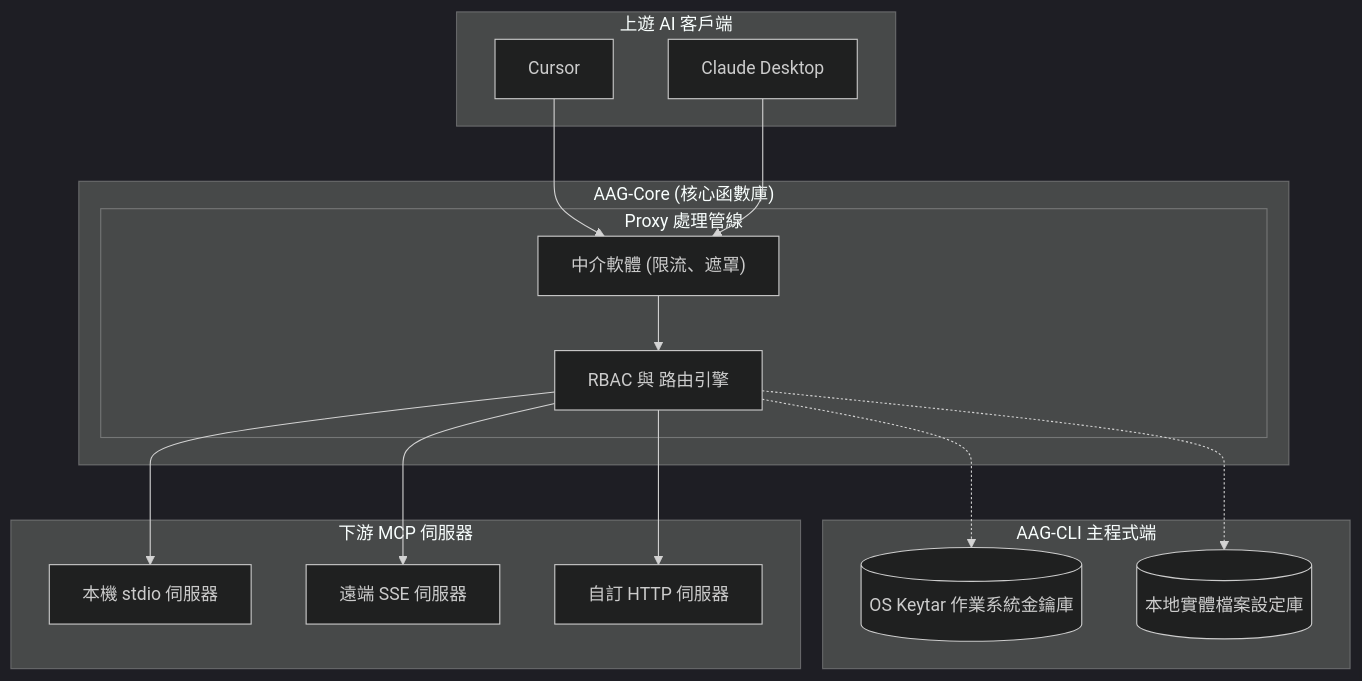
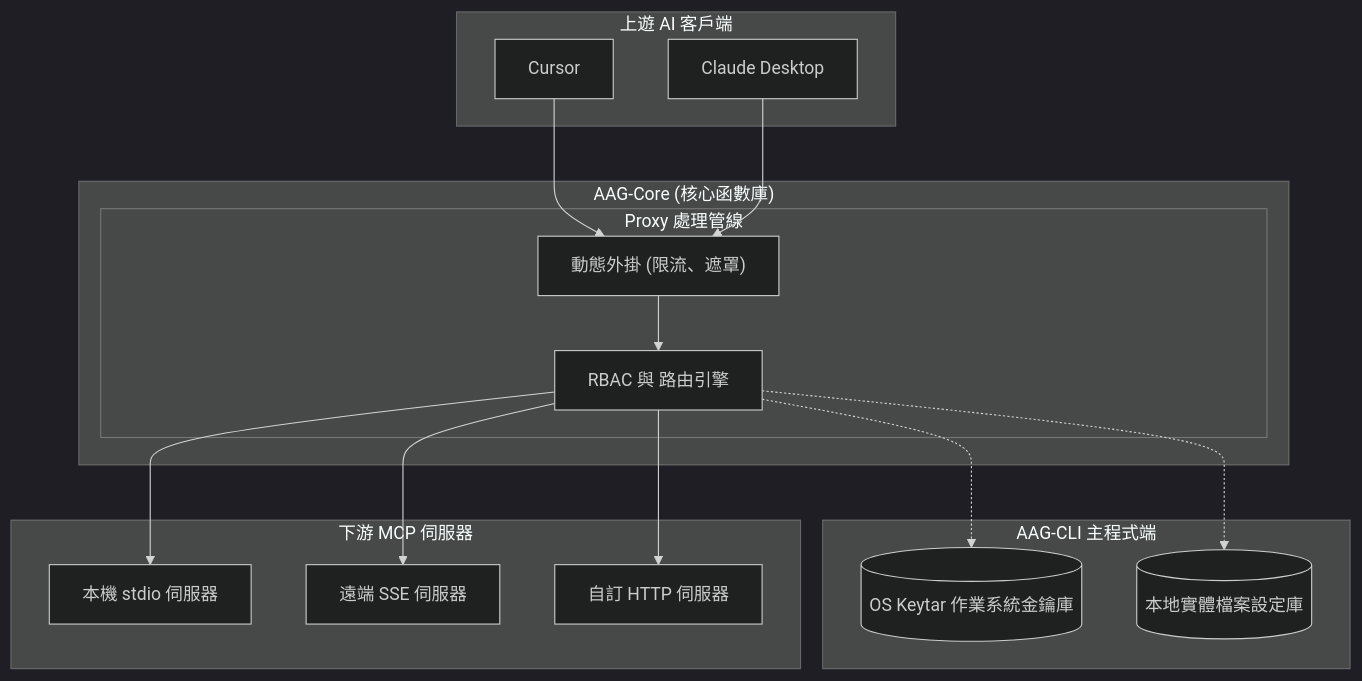
The first of 3 diagrams in ARCHITECTURE_ZH.md (Cyber-Sec-Space/ai-auth-gateway), drawn with Mermaid (dark theme) before and after one commit. The commit also changed other lines of this file and 3 other files, not shown here.

Commit message:
docs: adapt architecture diagrams and examples to v2.1.0 plugin ecosystem

````diff
--- a/ARCHITECTURE_ZH.md
+++ b/ARCHITECTURE_ZH.md
@@ -11,36 +11,36 @@
 ```mermaid
 flowchart TD
     subgraph client ["上遊 AI 客戶端"]
         cursor["Cursor"]
         claude["Claude Desktop"]
     end
 
     subgraph cli ["AAG-CLI 主程式端"]
         vault[("OS Keytar 作業系統金鑰庫")]
         config[("本地實體檔案設定庫")]
     end
 
     subgraph gateway ["AAG-Core (核心函數庫)"]
         subgraph proxy_p ["Proxy 處理管線"]
-            mw["中介軟體 (限流、遮罩)"]
+            mw["動態外掛 (限流、遮罩)"]
             rbac["RBAC 與 路由引擎"]
             mw --> rbac
         end
     end
 
     subgraph downstream ["下游 MCP 伺服器"]
         local_s["本機 stdio 伺服器"]
         github_s["遠端 SSE 伺服器"]
         remote_s["自訂 HTTP 伺服器"]
     end
 
     cursor --> mw
     claude --> mw
 
     rbac --> local_s
     rbac --> github_s
     rbac --> remote_s
 
     rbac -.-> config
     rbac -.-> vault
 ```
````
